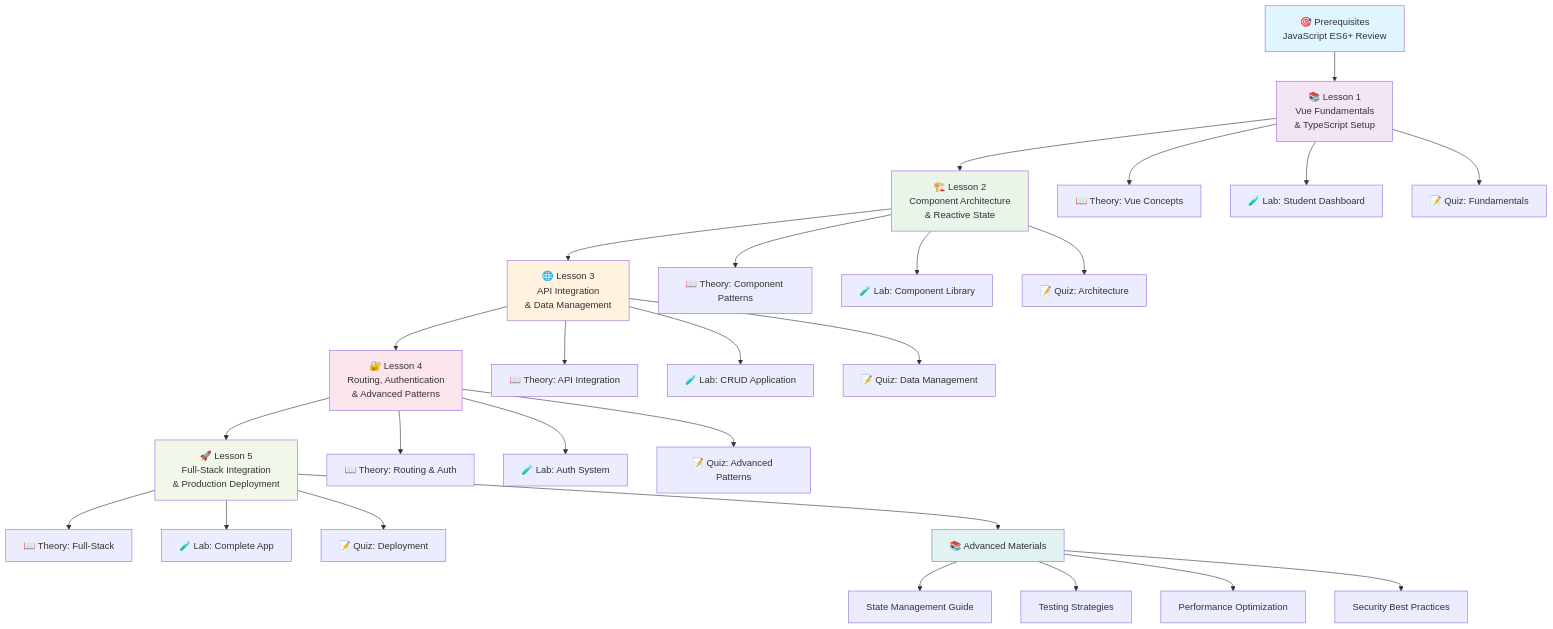
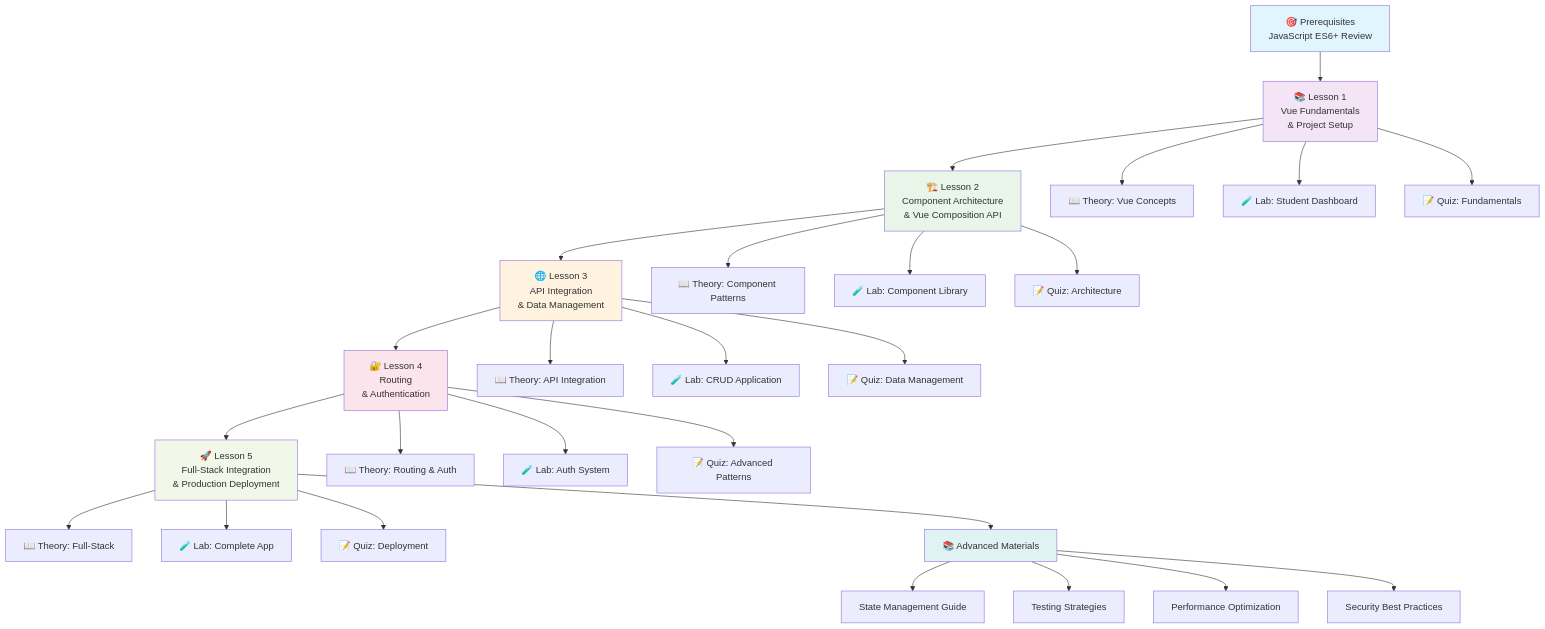
The first of 3 diagrams in diagrams/course-roadmap.md (longndt/vue-course), drawn with Mermaid before and after one commit. The commit also changed other lines of this file and 87 other files, not shown here.

````diff
--- a/diagrams/course-roadmap.md
+++ b/diagrams/course-roadmap.md
@@ -7,43 +7,43 @@
 ```mermaid
 graph TD
-    A[🎯 Prerequisites<br/>JavaScript ES6+ Review] --> B[📚 Lesson 1<br/>Vue Fundamentals<br/>& TypeScript Setup]
-    B --> C[🏗️ Lesson 2<br/>Component Architecture<br/>& Reactive State]
+    A[🎯 Prerequisites<br/>JavaScript ES6+ Review] --> B[📚 Lesson 1<br/>Vue Fundamentals<br/>& Project Setup]
+    B --> C[🏗️ Lesson 2<br/>Component Architecture<br/>& Vue Composition API]
     C --> D[🌐 Lesson 3<br/>API Integration<br/>& Data Management]
-    D --> E[🔐 Lesson 4<br/>Routing, Authentication<br/>& Advanced Patterns]
+    D --> E[🔐 Lesson 4<br/>Routing<br/>& Authentication]
     E --> F[🚀 Lesson 5<br/>Full-Stack Integration<br/>& Production Deployment]
 
     B --> B1[📖 Theory: Vue Concepts]
     B --> B2[🧪 Lab: Student Dashboard]
     B --> B3[📝 Quiz: Fundamentals]
 
     C --> C1[📖 Theory: Component Patterns]
     C --> C2[🧪 Lab: Component Library]
     C --> C3[📝 Quiz: Architecture]
 
     D --> D1[📖 Theory: API Integration]
     D --> D2[🧪 Lab: CRUD Application]
     D --> D3[📝 Quiz: Data Management]
 
     E --> E1[📖 Theory: Routing & Auth]
     E --> E2[🧪 Lab: Auth System]
     E --> E3[📝 Quiz: Advanced Patterns]
 
     F --> F1[📖 Theory: Full-Stack]
     F --> F2[🧪 Lab: Complete App]
     F --> F3[📝 Quiz: Deployment]
 
     G[📚 Advanced Materials] --> G1[State Management Guide]
     G --> G2[Testing Strategies]
     G --> G3[Performance Optimization]
     G --> G4[Security Best Practices]
 
     F --> G
 
     style A fill:#e1f5fe
     style B fill:#f3e5f5
     style C fill:#e8f5e8
     style D fill:#fff3e0
     style E fill:#fce4ec
     style F fill:#f1f8e9
     style G fill:#e0f2f1
 ```
````
